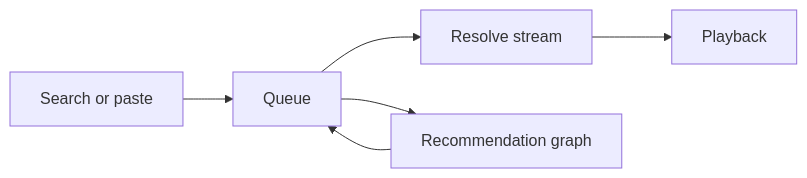
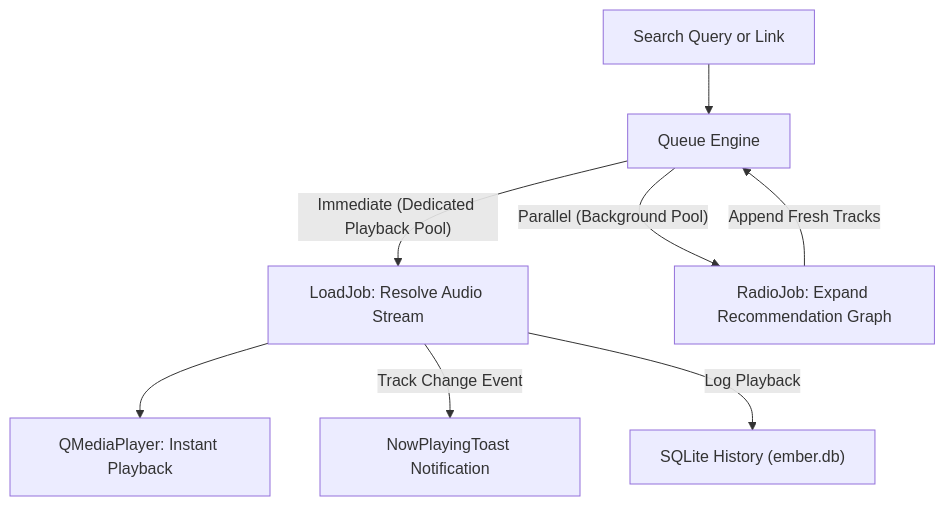
The diagram in README.md (taezeem14/Ember), drawn with Mermaid before and after one commit. The commit also changed other lines of this file, not shown here.

````diff
--- a/README.md
+++ b/README.md
@@ -128,8 +159,10 @@
 ```mermaid
-flowchart LR
-    A[Search or paste] --> B[Queue]
-    B --> C[Resolve stream]
-    B --> D[Recommendation graph]
-    C --> E[Playback]
-    D --> B
+flowchart TD
+    A["Search Query or Link"] --> B["Queue Engine"]
+    B -->|"Immediate (Dedicated Playback Pool)"| C["LoadJob: Resolve Audio Stream"]
+    B -->|"Parallel (Background Pool)"| D["RadioJob: Expand Recommendation Graph"]
+    C --> E["QMediaPlayer: Instant Playback"]
+    D -->|"Append Fresh Tracks"| B
+    C -->|"Track Change Event"| F["NowPlayingToast Notification"]
+    C -->|"Log Playback"| G["SQLite History (ember.db)"]
 ```
````
